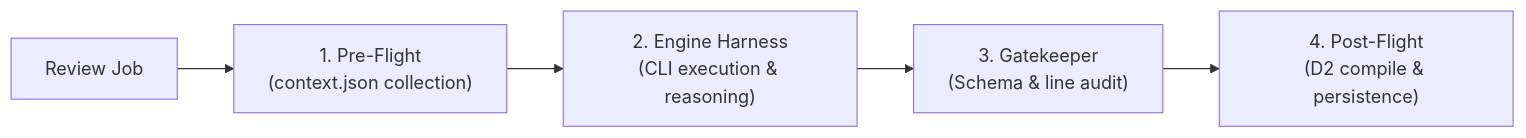
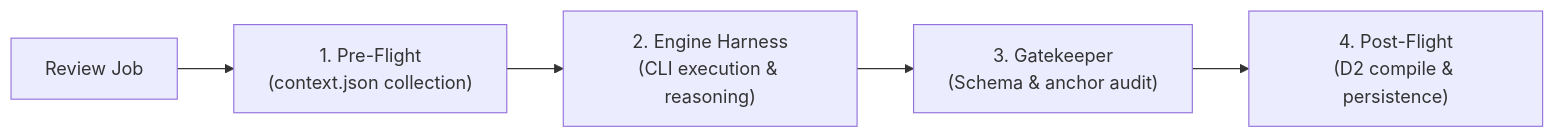
Before and after one commit to fuji44/kuramori: the diagram in docs/engines.md, drawn with Mermaid. The commit also changed other lines of this file and 6 other files, not shown here.

````diff
--- a/docs/engines.md
+++ b/docs/engines.md
@@ -22,7 +22,7 @@
 ```mermaid
 flowchart LR
     Job["Review Job"] --> PreFlight["1. Pre-Flight<br>(context.json collection)"]
     PreFlight --> Harness["2. Engine Harness<br>(CLI execution & reasoning)"]
-    Harness --> Gatekeeper["3. Gatekeeper<br>(Schema & line audit)"]
+    Harness --> Gatekeeper["3. Gatekeeper<br>(Schema & anchor audit)"]
     Gatekeeper --> PostFlight["4. Post-Flight<br>(D2 compile & persistence)"]
 ```
````
